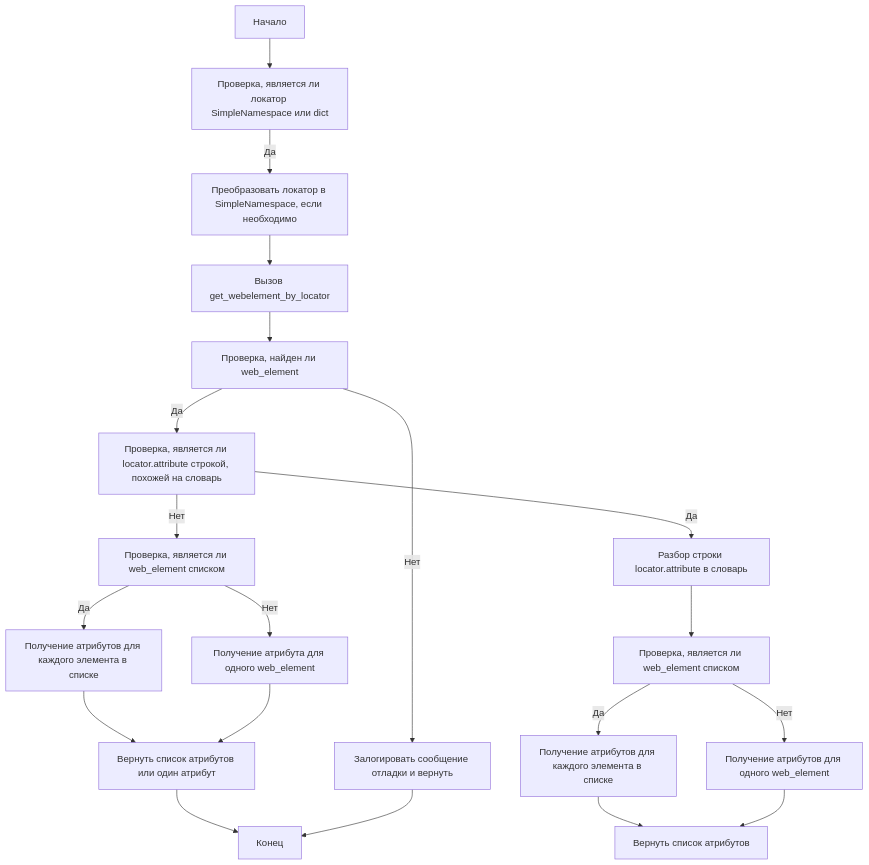
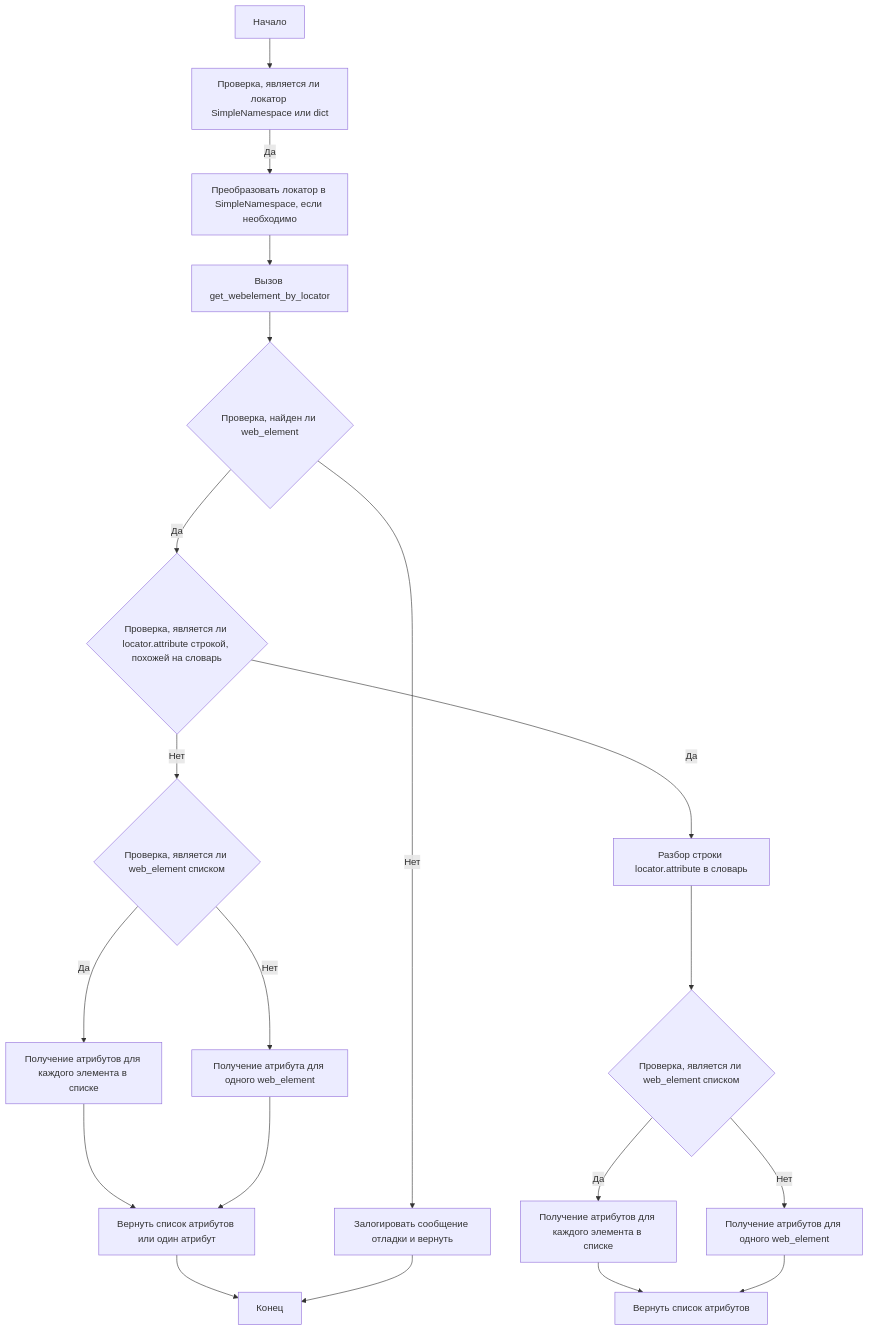
The third of 3 diagrams in src/webdriver/executor.ru.md (hypo69/hypo), drawn with Mermaid before and after one commit. The commit also changed other lines of this file and 694 other files, not shown here.

````diff
--- a/src/webdriver/executor.ru.md
+++ b/src/webdriver/executor.ru.md
@@ -88,22 +88,22 @@
   ```mermaid
   graph TD
   Start[Начало] --> CheckIfLocatorIsSimpleNamespaceOrDict[Проверка, является ли локатор SimpleNamespace или dict]
   CheckIfLocatorIsSimpleNamespaceOrDict -->|Да| ConvertLocatorToSimpleNamespaceIfNeeded[Преобразовать локатор в SimpleNamespace, если необходимо]
   ConvertLocatorToSimpleNamespaceIfNeeded --> CallGetWebElementByLocator[Вызов get_webelement_by_locator]
-  CallGetWebElementByLocator --> CheckIfWebElementIsFound[Проверка, найден ли web_element]
+  CallGetWebElementByLocator --> CheckIfWebElementIsFound{Проверка, найден ли web_element}
   CheckIfWebElementIsFound -->|Нет| LogDebugMessageAndReturn[Залогировать сообщение отладки и вернуть]
-  CheckIfWebElementIsFound -->|Да| CheckIfAttributeIsDictionaryLikeString[Проверка, является ли locator.attribute строкой, похожей на словарь]
+  CheckIfWebElementIsFound -->|Да| CheckIfAttributeIsDictionaryLikeString{Проверка, является ли locator.attribute строкой, похожей на словарь}
   CheckIfAttributeIsDictionaryLikeString -->|Да| ParseAttributeStringToDict[Разбор строки locator.attribute в словарь]
-  ParseAttributeStringToDict --> CheckIfWebElementIsList[Проверка, является ли web_element списком]
+  ParseAttributeStringToDict --> CheckIfWebElementIsList{Проверка, является ли web_element списком}
   CheckIfWebElementIsList -->|Да| RetrieveAttributesForEachElementInList[Получение атрибутов для каждого элемента в списке]
   RetrieveAttributesForEachElementInList --> ReturnListOfAttributes[Вернуть список атрибутов]
   CheckIfWebElementIsList -->|Нет| RetrieveAttributesForSingleWebElement[Получение атрибутов для одного web_element]
   RetrieveAttributesForSingleWebElement --> ReturnListOfAttributes
-  CheckIfAttributeIsDictionaryLikeString -->|Нет| CheckIfWebElementIsListAgain[Проверка, является ли web_element списком]
+  CheckIfAttributeIsDictionaryLikeString -->|Нет| CheckIfWebElementIsListAgain{Проверка, является ли web_element списком}
   CheckIfWebElementIsListAgain -->|Да| RetrieveAttributesForEachElementInListAgain[Получение атрибутов для каждого элемента в списке]
   RetrieveAttributesForEachElementInListAgain --> ReturnListOfAttributesOrSingleAttribute[Вернуть список атрибутов или один атрибут]
   CheckIfWebElementIsListAgain -->|Нет| RetrieveAttributeForSingleWebElementAgain[Получение атрибута для одного web_element]
   RetrieveAttributeForSingleWebElementAgain --> ReturnListOfAttributesOrSingleAttribute
   ReturnListOfAttributesOrSingleAttribute --> End[Конец]
   LogDebugMessageAndReturn --> End
   ```
````
